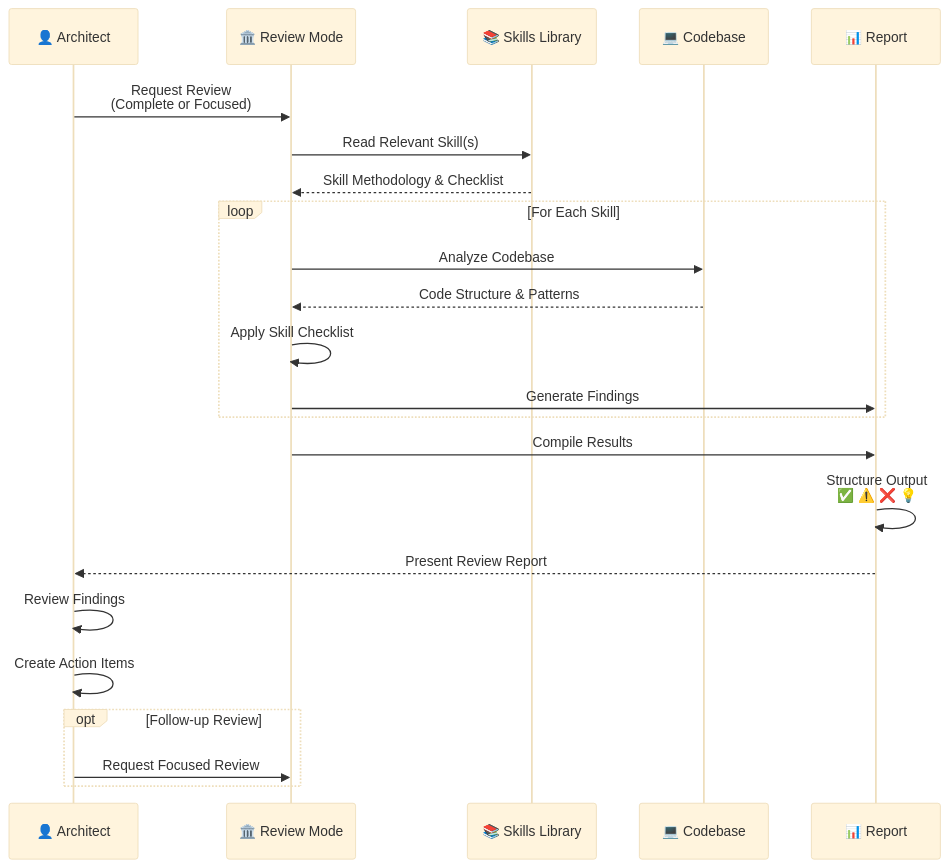
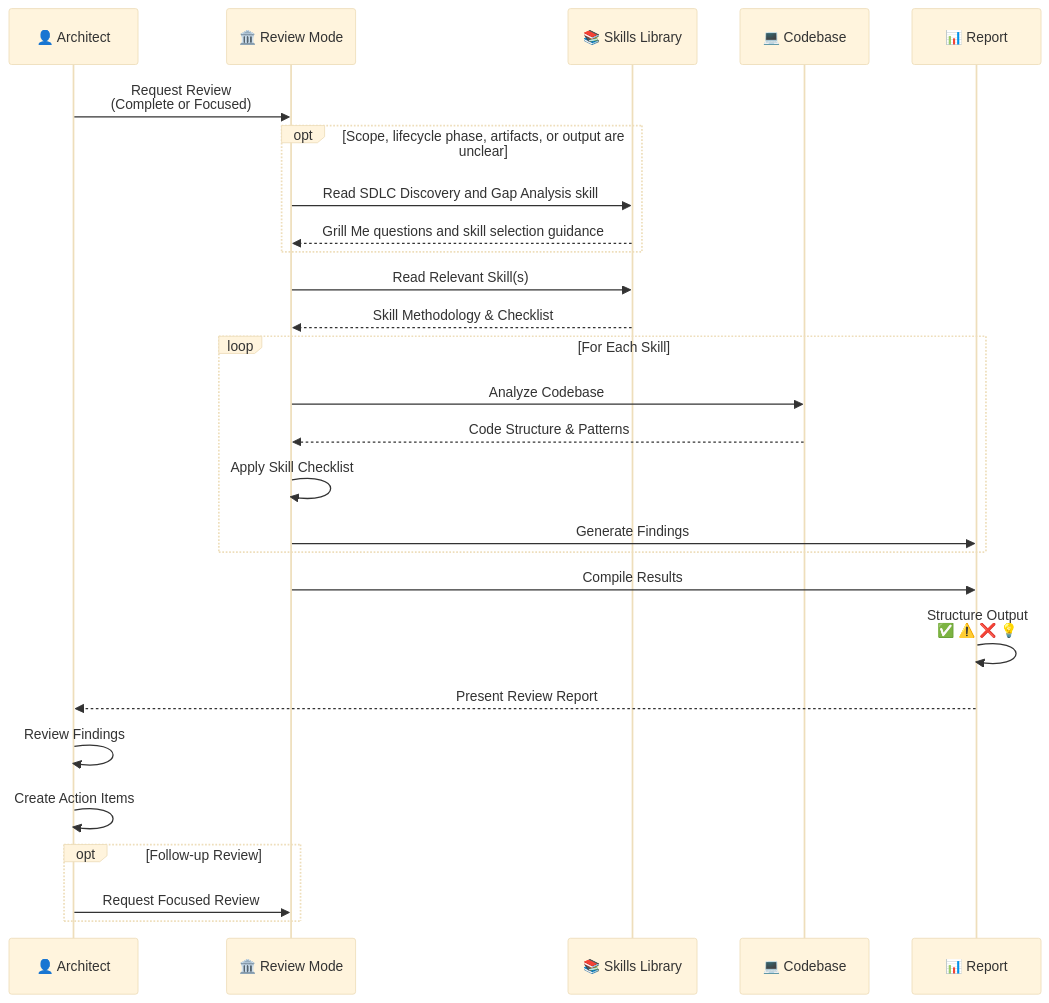
The third of 6 diagrams in .bob/documentation/diagramms/architecture-review-system.md (thomassuedbroecker/review_and_sdd_custom_ibm_bob_configuration_template), drawn with Mermaid (base theme) before and after one commit. The commit also changed other lines of this file and 2 other files, not shown here.

First line of the commit message:
docs: align Bob review diagrams with mode and skill inventory

````diff
--- a/.bob/documentation/diagramms/architecture-review-system.md
+++ b/.bob/documentation/diagramms/architecture-review-system.md
@@ -166,30 +186,34 @@
 ```mermaid
 sequenceDiagram
     participant User as 👤 Architect
     participant Mode as 🏛️ Review Mode
     participant Skills as 📚 Skills Library
     participant Code as 💻 Codebase
     participant Report as 📊 Report
     
     User->>Mode: Request Review<br/>(Complete or Focused)
+    opt Scope, lifecycle phase, artifacts, or output are unclear
+        Mode->>Skills: Read SDLC Discovery and Gap Analysis skill
+        Skills-->>Mode: Grill Me questions and skill selection guidance
+    end
     Mode->>Skills: Read Relevant Skill(s)
     Skills-->>Mode: Skill Methodology & Checklist
     
     loop For Each Skill
         Mode->>Code: Analyze Codebase
         Code-->>Mode: Code Structure & Patterns
         Mode->>Mode: Apply Skill Checklist
         Mode->>Report: Generate Findings
     end
     
     Mode->>Report: Compile Results
     Report->>Report: Structure Output<br/>✅ ⚠️ ❌ 💡
     Report-->>User: Present Review Report
     
     User->>User: Review Findings
     User->>User: Create Action Items
     
     opt Follow-up Review
         User->>Mode: Request Focused Review
     end
 ```
````
